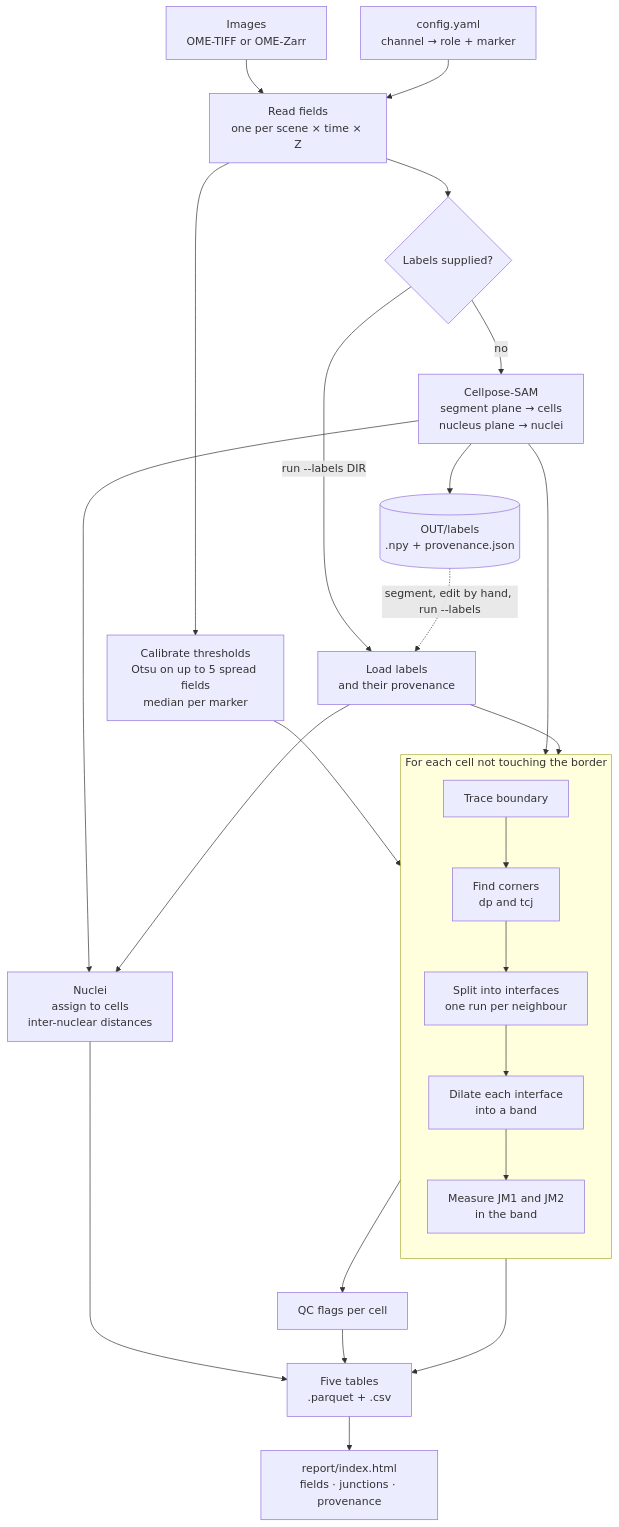
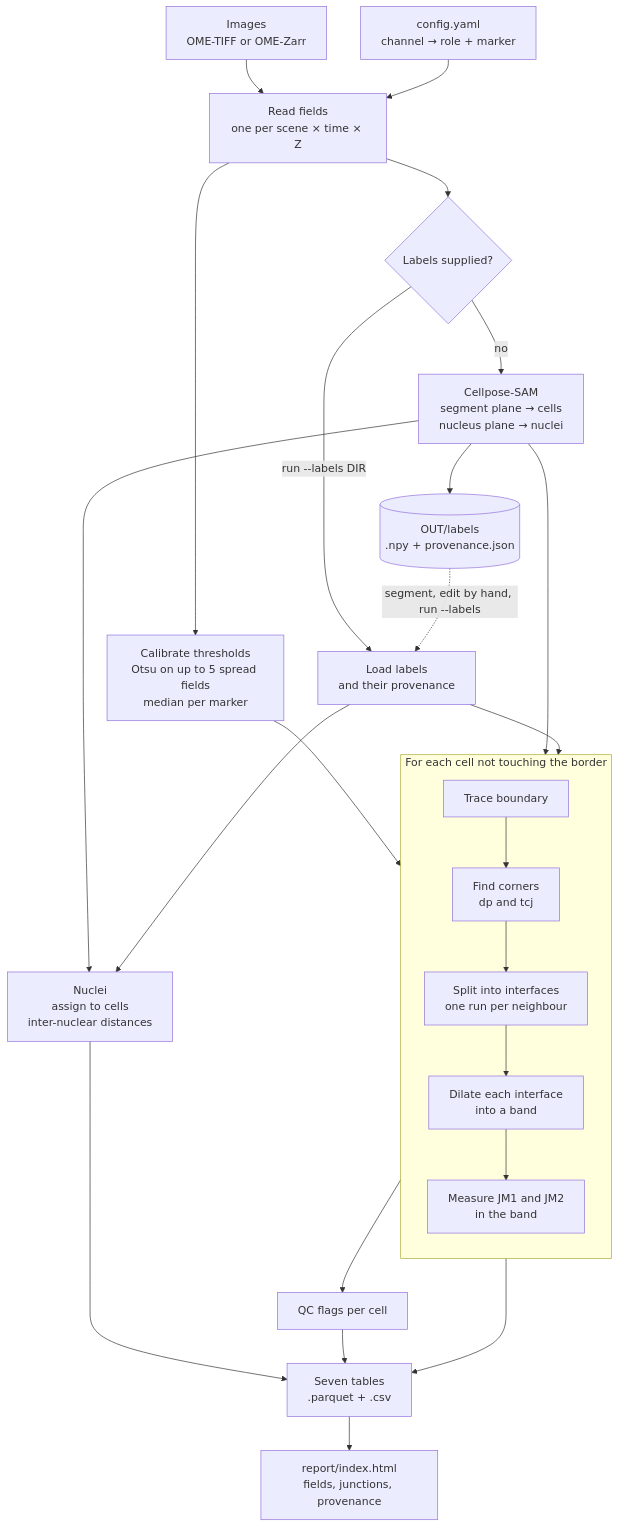
Before and after one commit to bts76-pitt/junctionmapper: the diagram in README.md, drawn with Mermaid. The commit also changed other lines of this file and 5 other files, not shown here.

````diff
--- a/README.md
+++ b/README.md
@@ -52,36 +52,36 @@
 ```mermaid
 flowchart TD
     IMG["Images<br/>OME-TIFF or OME-Zarr"] --> READ
     CFG["config.yaml<br/>channel → role + marker"] --> READ
     READ["Read fields<br/>one per scene × time × Z"] --> CAL
     READ --> SEG
 
     CAL["Calibrate thresholds<br/>Otsu on up to 5 spread fields<br/>median per marker"]
 
     SEG{"Labels supplied?"}
     SEG -->|no| CP["Cellpose-SAM<br/>segment plane → cells<br/>nucleus plane → nuclei"]
     SEG -->|run --labels DIR| LOAD["Load labels<br/>and their provenance"]
     CP --> LBL[("OUT/labels<br/>.npy + provenance.json")]
     LBL -.->|segment, edit by hand, run --labels| LOAD
 
     CP --> CELL
     LOAD --> CELL
 
     subgraph CELL ["For each cell not touching the border"]
         direction TB
         TR["Trace boundary"] --> CO["Find corners<br/>dp and tcj"]
         CO --> IF["Split into interfaces<br/>one run per neighbour"]
         IF --> BAND["Dilate each interface<br/>into a band"]
         BAND --> MET["Measure JM1 and JM2<br/>in the band"]
     end
 
     CAL --> MET
     CP --> NUC["Nuclei<br/>assign to cells<br/>inter-nuclear distances"]
     LOAD --> NUC
     MET --> QC["QC flags per cell"]
 
     MET --> OUT
     NUC --> OUT
     QC --> OUT
-    OUT["Five tables<br/>.parquet + .csv"] --> REP["report/index.html<br/>fields · junctions · provenance"]
+    OUT["Seven tables<br/>.parquet + .csv"] --> REP["report/index.html<br/>fields, junctions, provenance"]
 ```
````
